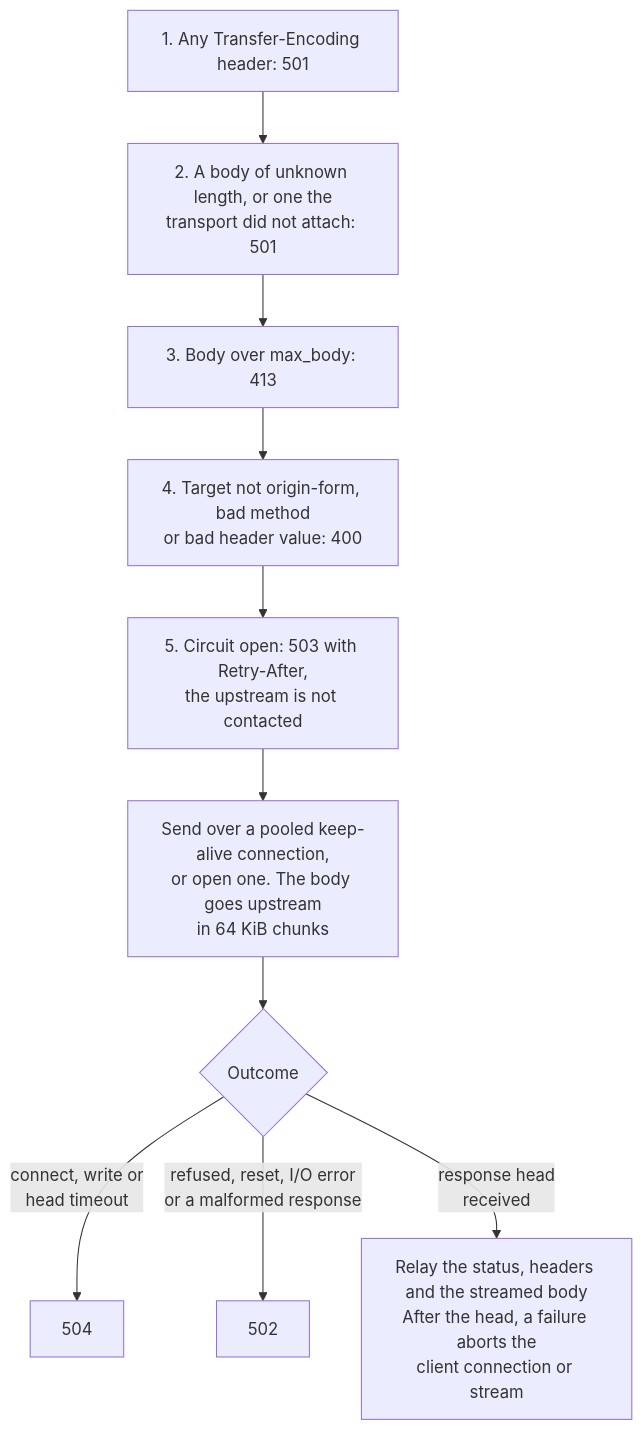
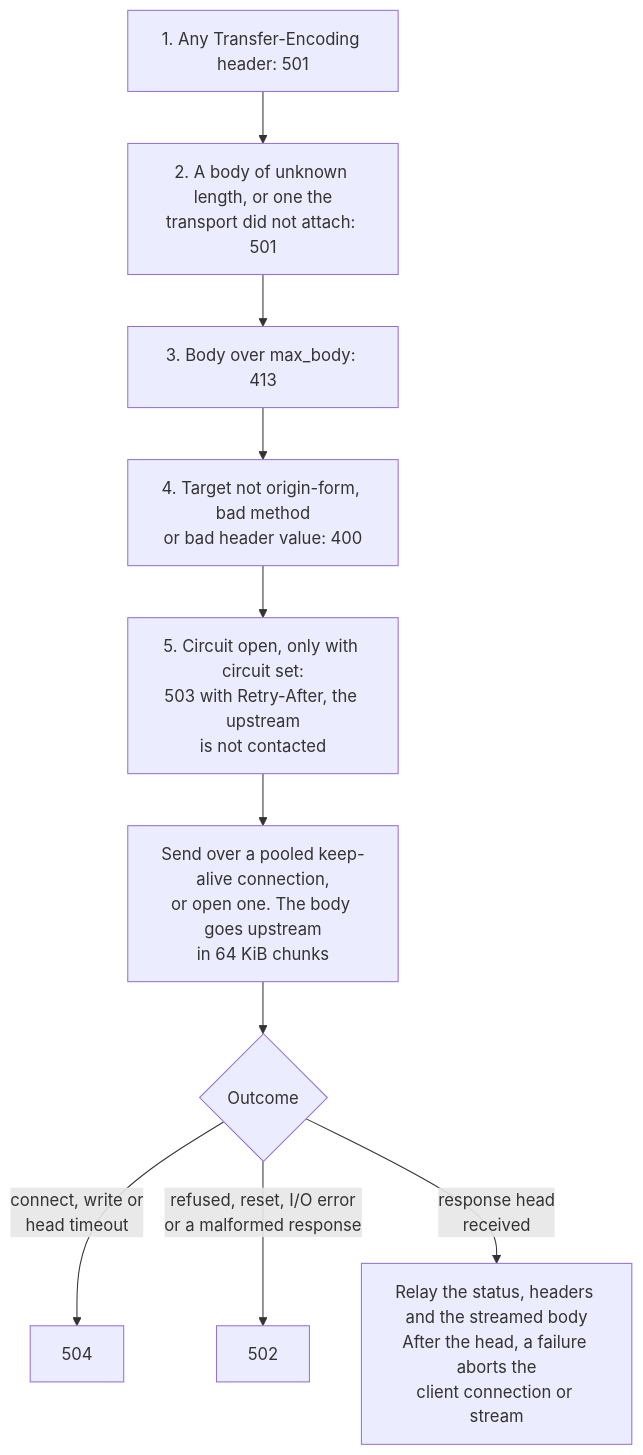
Before and after one commit to BlivionIaG/sjws_nettask: the fourth of 6 diagrams in docs/design/proxy-routing.md, drawn with Mermaid. The commit also changed other lines of this file and 1 other file, not shown here.

First line of the commit message:
docs: proxy placement, endpoint balancing and per-endpoint health diagrams

````diff
--- a/docs/design/proxy-routing.md
+++ b/docs/design/proxy-routing.md
@@ -149,12 +157,12 @@
 ```mermaid
 flowchart TD
     c1["1. Any Transfer-Encoding header: 501"] --> c2["2. A body of unknown length, or one the<br/>transport did not attach: 501"]
     c2 --> c3["3. Body over max_body: 413"]
     c3 --> c4["4. Target not origin-form, bad method<br/>or bad header value: 400"]
-    c4 --> c5["5. Circuit open: 503 with Retry-After,<br/>the upstream is not contacted"]
+    c4 --> c5["5. Circuit open, only with circuit set:<br/>503 with Retry-After, the upstream<br/>is not contacted"]
     c5 --> x["Send over a pooled keep-alive connection,<br/>or open one. The body goes upstream<br/>in 64 KiB chunks"]
     x --> o{"Outcome"}
     o -->|"connect, write or<br/>head timeout"| e504["504"]
     o -->|"refused, reset, I/O error<br/>or a malformed response"| e502["502"]
     o -->|"response head<br/>received"| ok["Relay the status, headers and the streamed body<br/>After the head, a failure aborts the<br/>client connection or stream"]
 ```
````
